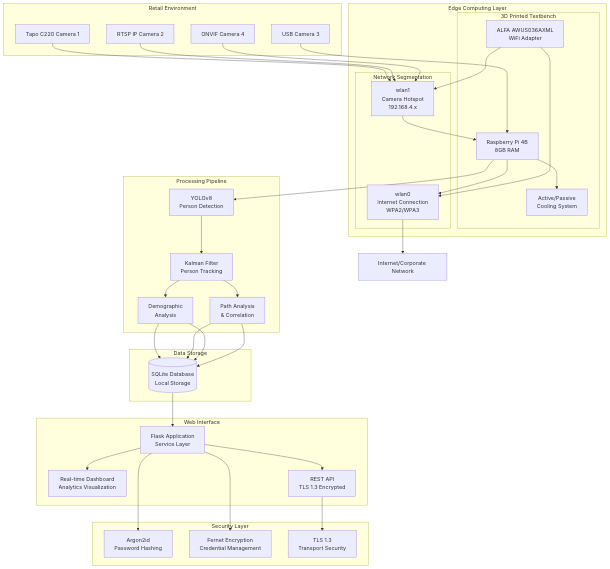
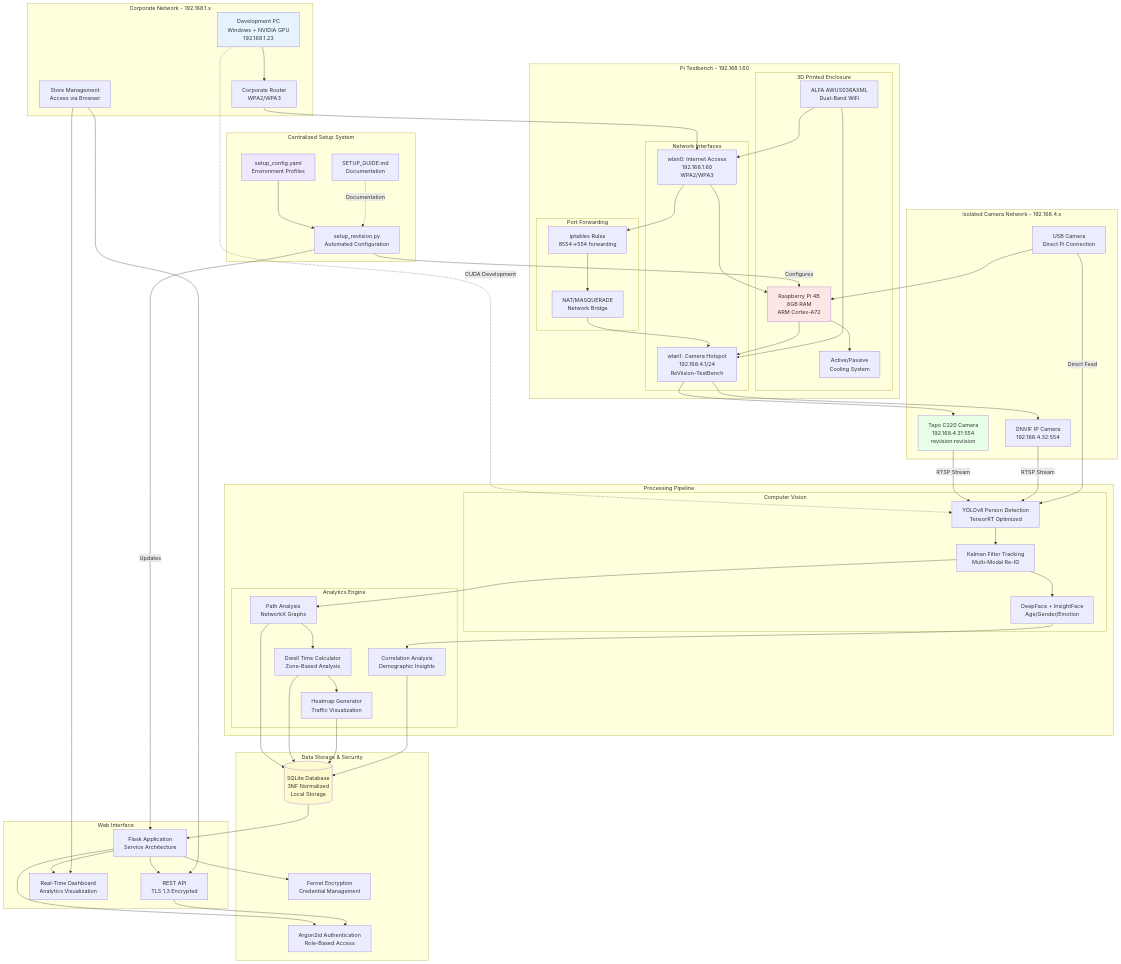
One commit to phloof/reviision changed the first of 6 diagrams in tempdocu/context.md. Above: the diagram before and after it, drawn with Mermaid. The commit also changed other lines of this file, not shown here.

````diff
--- a/tempdocu/context.md
+++ b/tempdocu/context.md
@@ -145,76 +145,131 @@
 ```mermaid
 graph TB
-    subgraph "Retail Environment"
-        C1[Tapo C220 Camera 1]
-        C2[RTSP IP Camera 2]
-        C3[USB Camera 3]
-        C4[ONVIF Camera 4]
+    subgraph "Corporate Network - 192.168.1.x"
+        CORP_ROUTER[Corporate Router<br/>WPA2/WPA3]
+        DEV_PC[Development PC<br/>Windows + NVIDIA GPU<br/>192.168.1.23]
+        USERS[Store Management<br/>Access via Browser]
     end
     
-    subgraph "Edge Computing Layer"
-        subgraph "3D Printed Testbench"
-            PI[Raspberry Pi 4B<br/>8GB RAM]
-            WIFI[ALFA AWUS036AXML<br/>WiFi Adapter]
-            COOL[Active/Passive<br/>Cooling System]
+    subgraph "Pi Testbench - 192.168.1.60"
+        subgraph "3D Printed Enclosure"
+            PI4[Raspberry Pi 4B<br/>8GB RAM<br/>ARM Cortex-A72]
+            WIFI_ALFA[ALFA AWUS036AXML<br/>Dual-Band WiFi]
+            COOLING[Active/Passive<br/>Cooling System]
         end
         
-        subgraph "Network Segmentation"
-            WLAN0[wlan0<br/>Internet Connection<br/>WPA2/WPA3]
-            WLAN1[wlan1<br/>Camera Hotspot<br/>192.168.4.x]
+        subgraph "Network Interfaces"
+            WLAN0[wlan0: Internet Access<br/>192.168.1.60<br/>WPA2/WPA3]
+            WLAN1[wlan1: Camera Hotspot<br/>192.168.4.1/24<br/>ReViision-TestBench]
+        end
+        
+        subgraph "Port Forwarding"
+            IPTABLES[iptables Rules<br/>8554→554 forwarding]
+            NAT[NAT/MASQUERADE<br/>Network Bridge]
         end
     end
     
-    subgraph "Processing Pipeline"
-        YOLO[YOLOv8<br/>Person Detection]
-        TRACK[Kalman Filter<br/>Person Tracking]
-        DEMO[Demographic<br/>Analysis]
-        PATH[Path Analysis<br/>& Correlation]
+    subgraph "Isolated Camera Network - 192.168.4.x"
+        TAPO[Tapo C220 Camera<br/>192.168.4.31:554<br/>reviision:reviision]
+        ONVIF1[ONVIF IP Camera<br/>192.168.4.32:554]
+        USB_CAM[USB Camera<br/>Direct Pi Connection]
     end
     
-    subgraph "Data Storage"
-        SQLITE[(SQLite Database<br/>Local Storage)]
+    subgraph "Processing Pipeline"
+        subgraph "Computer Vision"
+            YOLO[YOLOv8 Person Detection<br/>TensorRT Optimized]
+            TRACKER[Kalman Filter Tracking<br/>Multi-Modal Re-ID]
+            DEMOGRAPHICS[DeepFace + InsightFace<br/>Age/Gender/Emotion]
+        end
+        
+        subgraph "Analytics Engine"
+            PATH[Path Analysis<br/>NetworkX Graphs]
+            DWELL[Dwell Time Calculator<br/>Zone-Based Analysis]
+            HEAT[Heatmap Generator<br/>Traffic Visualization]
+            CORR[Correlation Analysis<br/>Demographic Insights]
+        end
+    end
+    
+    subgraph "Data Storage & Security"
+        SQLITE[(SQLite Database<br/>3NF Normalized<br/>Local Storage)]
+        ENCRYPTION[Fernet Encryption<br/>Credential Management]
+        AUTH[Argon2id Authentication<br/>Role-Based Access]
     end
     
     subgraph "Web Interface"
-        FLASK[Flask Application<br/>Service Layer]
-        DASH[Real-time Dashboard<br/>Analytics Visualization]
+        FLASK[Flask Application<br/>Service Architecture]
         API[REST API<br/>TLS 1.3 Encrypted]
+        DASHBOARD[Real-Time Dashboard<br/>Analytics Visualization]
     end
     
-    subgraph "Security Layer"
-        ARGON[Argon2id<br/>Password Hashing]
-        FERNET[Fernet Encryption<br/>Credential Management]
-        TLS[TLS 1.3<br/>Transport Security]
+    subgraph "Centralized Setup System"
+        SETUP_CONFIG[setup_config.yaml<br/>Environment Profiles]
+        SETUP_SCRIPT[setup_reviision.py<br/>Automated Configuration]
+        SETUP_GUIDE[SETUP_GUIDE.md<br/>Documentation]
     end
     
-    C1 --> WLAN1
-    C2 --> WLAN1
-    C3 --> PI
-    C4 --> WLAN1
+    %% Network Connections
+    CORP_ROUTER --> WLAN0
+    WLAN0 --> PI4
+    PI4 --> WLAN1
+    WLAN1 --> TAPO
+    WLAN1 --> ONVIF1
+    USB_CAM --> PI4
     
-    WLAN1 --> PI
-    PI --> WLAN0
-    WLAN0 --> Internet[Internet/Corporate Network]
+    %% Development Environment
+    DEV_PC --> CORP_ROUTER
+    DEV_PC -.->|CUDA Development| YOLO
     
-    PI --> YOLO
-    YOLO --> TRACK
-    TRACK --> DEMO
-    TRACK --> PATH
+    %% Port Forwarding
+    WLAN0 --> IPTABLES
+    IPTABLES --> NAT
+    NAT --> WLAN1
     
-    DEMO --> SQLITE
+    %% Processing Flow
+    TAPO -->|RTSP Stream| YOLO
+    ONVIF1 -->|RTSP Stream| YOLO
+    USB_CAM -->|Direct Feed| YOLO
+    
+    YOLO --> TRACKER
+    TRACKER --> DEMOGRAPHICS
+    TRACKER --> PATH
+    PATH --> DWELL
+    DWELL --> HEAT
+    DEMOGRAPHICS --> CORR
+    
+    %% Data Flow
     PATH --> SQLITE
-    DEMO --> SQLITE
-    PATH --> SQLITE
+    DWELL --> SQLITE
+    HEAT --> SQLITE
+    CORR --> SQLITE
     
     SQLITE --> FLASK
-    FLASK --> DASH
     FLASK --> API
+    FLASK --> DASHBOARD
     
-    FLASK --> ARGON
-    FLASK --> FERNET
-    API --> TLS
+    %% Security Layer
+    FLASK --> ENCRYPTION
+    FLASK --> AUTH
+    API --> AUTH
     
-    WIFI --> WLAN0
-    WIFI --> WLAN1
-    PI --> COOL
+    %% Setup System
+    SETUP_CONFIG --> SETUP_SCRIPT
+    SETUP_SCRIPT -->|Configures| PI4
+    SETUP_SCRIPT -->|Updates| FLASK
+    SETUP_GUIDE -.->|Documentation| SETUP_SCRIPT
+    
+    %% User Access
+    USERS --> DASHBOARD
+    USERS --> API
+    
+    %% Hardware Integration
+    WIFI_ALFA --> WLAN0
+    WIFI_ALFA --> WLAN1
+    PI4 --> COOLING
+    
+    %% Styling
+    style DEV_PC fill:#E6F3FF
+    style PI4 fill:#FFE6E6
+    style TAPO fill:#E6FFE6
+    style SQLITE fill:#FFFACD
+    style SETUP_CONFIG fill:#F0E6FF
 ```
````
